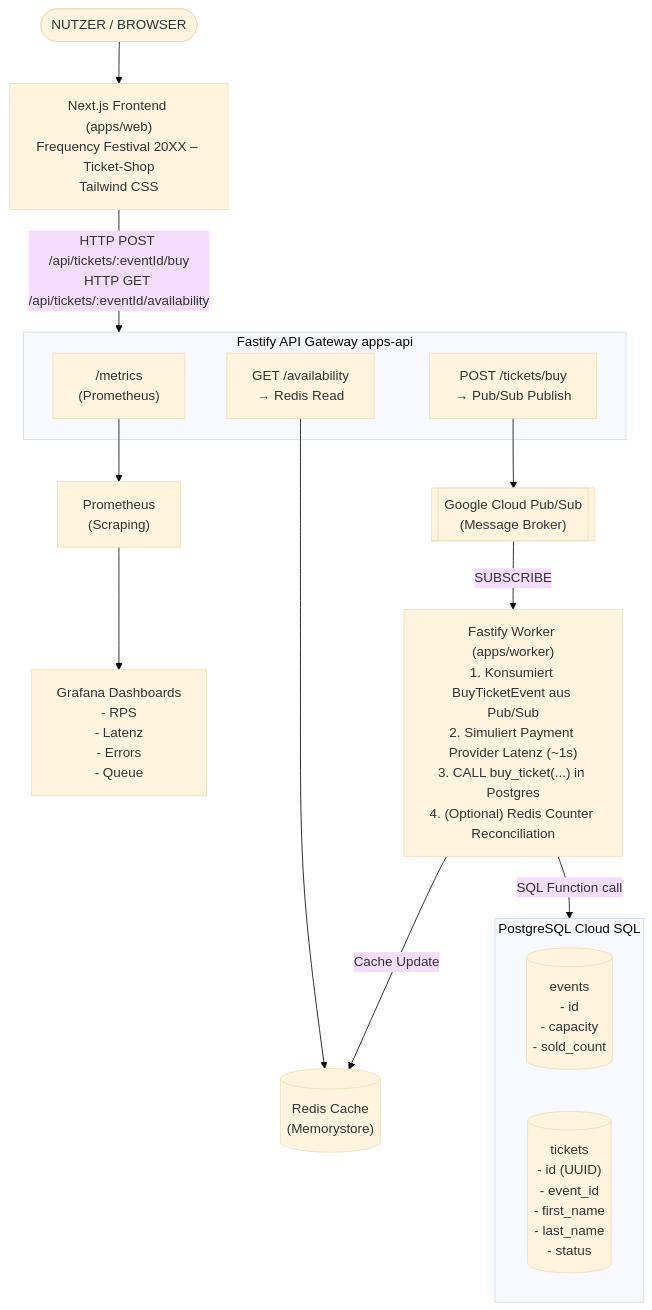
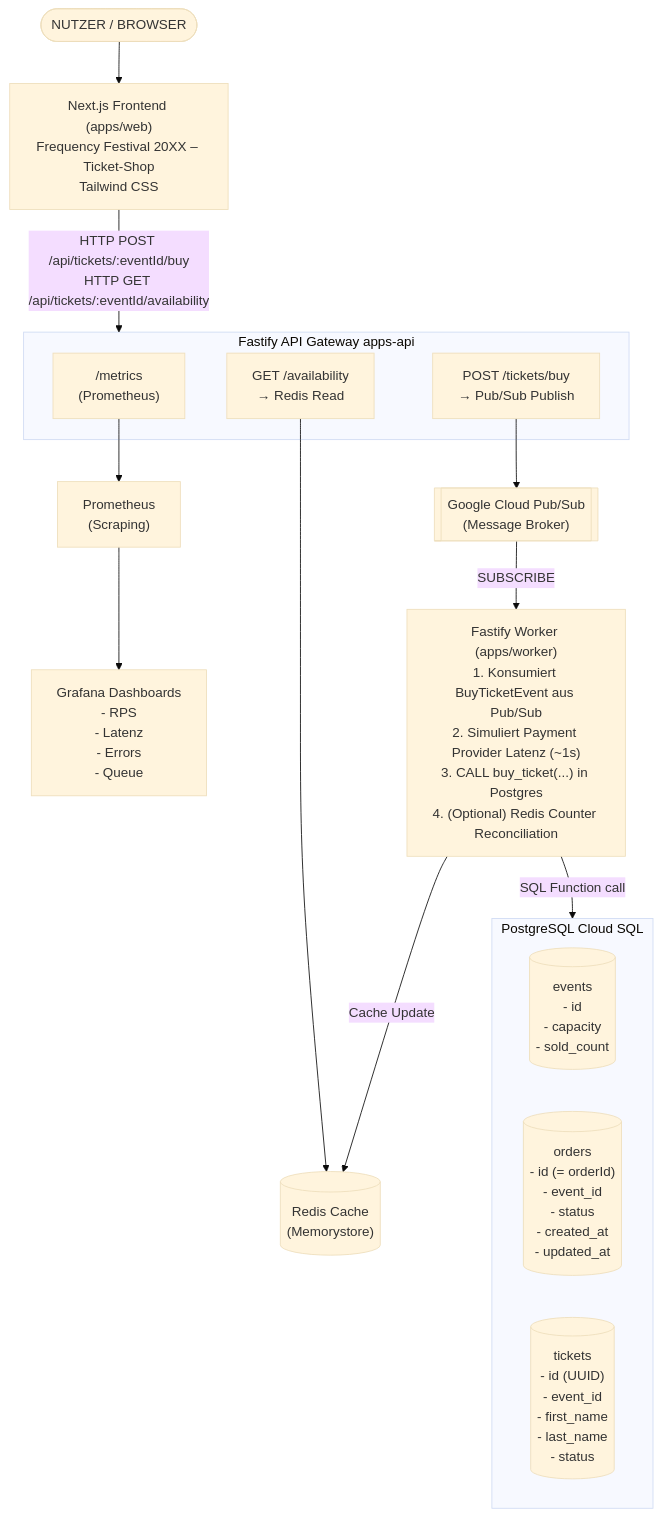
The first of 2 diagrams in docs/ARCHITECTURE.md (schuler-ph/high-frequency-ticket-system), drawn with Mermaid (base theme) before and after one commit. The commit also changed 2 other files, not shown here.

Commit message:
add more todos for resilience

````diff
--- a/docs/ARCHITECTURE.md
+++ b/docs/ARCHITECTURE.md
@@ -9,39 +9,40 @@
 ```mermaid
 flowchart TD
     User([NUTZER / BROWSER])
 
     Frontend["Next.js Frontend (apps/web)<br/>Frequency Festival 20XX – Ticket-Shop<br/>Tailwind CSS"]
 
     subgraph API [Fastify API Gateway apps-api]
         API_metrics["/metrics<br/>(Prometheus)"]
         API_avail["GET /availability<br/>→ Redis Read"]
         API_buy["POST /tickets/buy<br/>→ Pub/Sub Publish"]
     end
 
     Prometheus["Prometheus<br/>(Scraping)"]
     Redis[("Redis Cache<br/>(Memorystore)")]
     PubSub[["Google Cloud Pub/Sub<br/>(Message Broker)"]]
 
     Grafana["Grafana Dashboards<br/>- RPS<br/>- Latenz<br/>- Errors<br/>- Queue"]
 
     Worker["Fastify Worker (apps/worker)<br/>1. Konsumiert BuyTicketEvent aus Pub/Sub<br/>2. Simuliert Payment Provider Latenz (~1s)<br/>3. CALL buy_ticket(...) in Postgres<br/>4. (Optional) Redis Counter Reconciliation"]
 
     subgraph DB [PostgreSQL Cloud SQL]
         events[("events<br/>- id<br/>- capacity<br/>- sold_count")]
+        orders[("orders<br/>- id (= orderId)<br/>- event_id<br/>- status<br/>- created_at<br/>- updated_at")]
         tickets[("tickets<br/>- id (UUID)<br/>- event_id<br/>- first_name<br/>- last_name<br/>- status")]
     end
 
     User --> Frontend
     Frontend -->|"HTTP POST /api/tickets/:eventId/buy<br/>HTTP GET /api/tickets/:eventId/availability"| API
 
     API_metrics --> Prometheus
     API_avail --> Redis
     API_buy --> PubSub
 
     Prometheus --> Grafana
 
     Worker -->|Cache Update| Redis
     PubSub -->|SUBSCRIBE| Worker
 
     Worker -->|SQL Function call| DB
 ```
````
